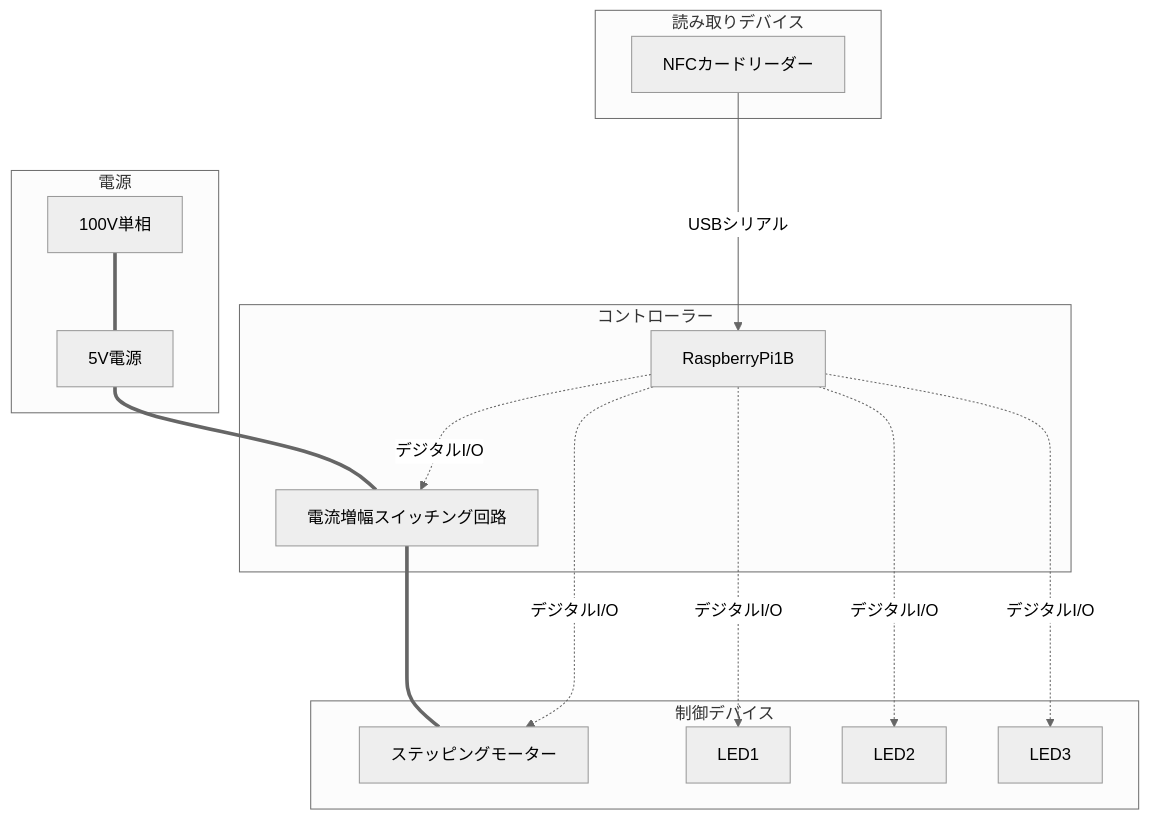
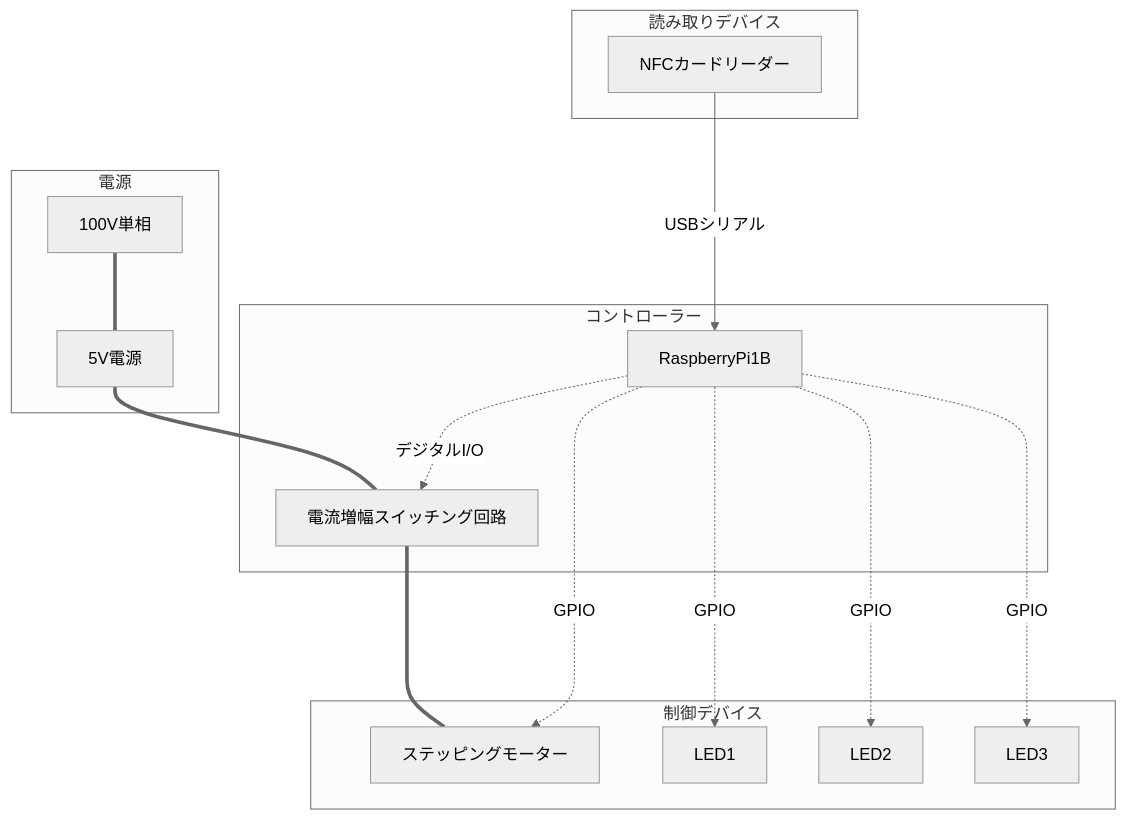
Before and after one commit to YUKI-SOKENDAI/SmartLock: the first of 2 diagrams in memo/SystemMEMO.md, drawn with Mermaid (neutral theme).

````diff
--- a/memo/SystemMEMO.md
+++ b/memo/SystemMEMO.md
@@ -6,29 +6,29 @@
 ```mermaid
 flowchart TD;
     subgraph コントローラー
         RaspberryPi1B;
         電流増幅スイッチング回路;
     end
     subgraph 電源
         100V単相;
         5V電源;
     end
     subgraph 制御デバイス
         ステッピングモーター;
         LED1;
         LED2;
         LED3;
     end
     subgraph 読み取りデバイス
         NFCカードリーダー;
     end
     100V単相===5V電源;
     5V電源===電流増幅スイッチング回路;
     NFCカードリーダー--->|USBシリアル|RaspberryPi1B;
     RaspberryPi1B-.デジタルI/O-.->電流増幅スイッチング回路;
     電流増幅スイッチング回路====ステッピングモーター;
-    RaspberryPi1B-.デジタルI/O-.->ステッピングモーター;
-    RaspberryPi1B-.デジタルI/O-.->LED1;
-    RaspberryPi1B-.デジタルI/O-.->LED2;
-    RaspberryPi1B-.デジタルI/O-.->LED3;
+    RaspberryPi1B-.GPIO-.->ステッピングモーター;
+    RaspberryPi1B-.GPIO-.->LED1;
+    RaspberryPi1B-.GPIO-.->LED2;
+    RaspberryPi1B-.GPIO-.->LED3;
 ```
````
